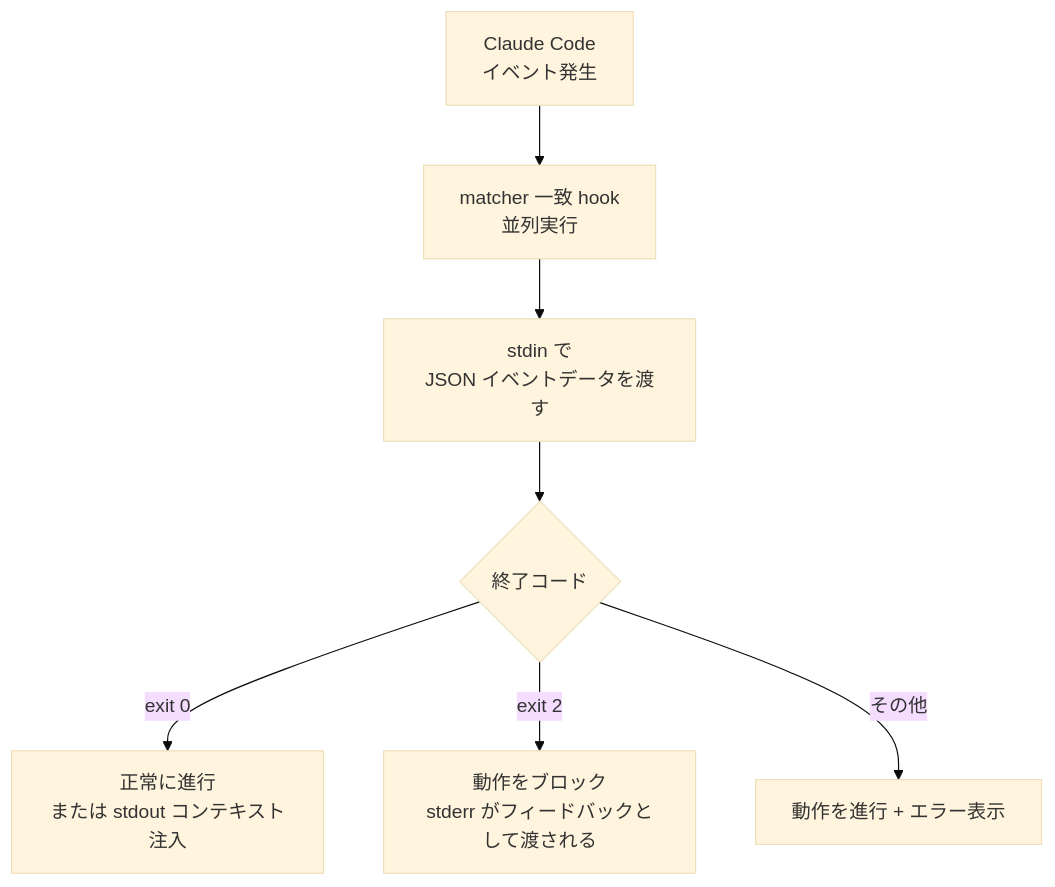
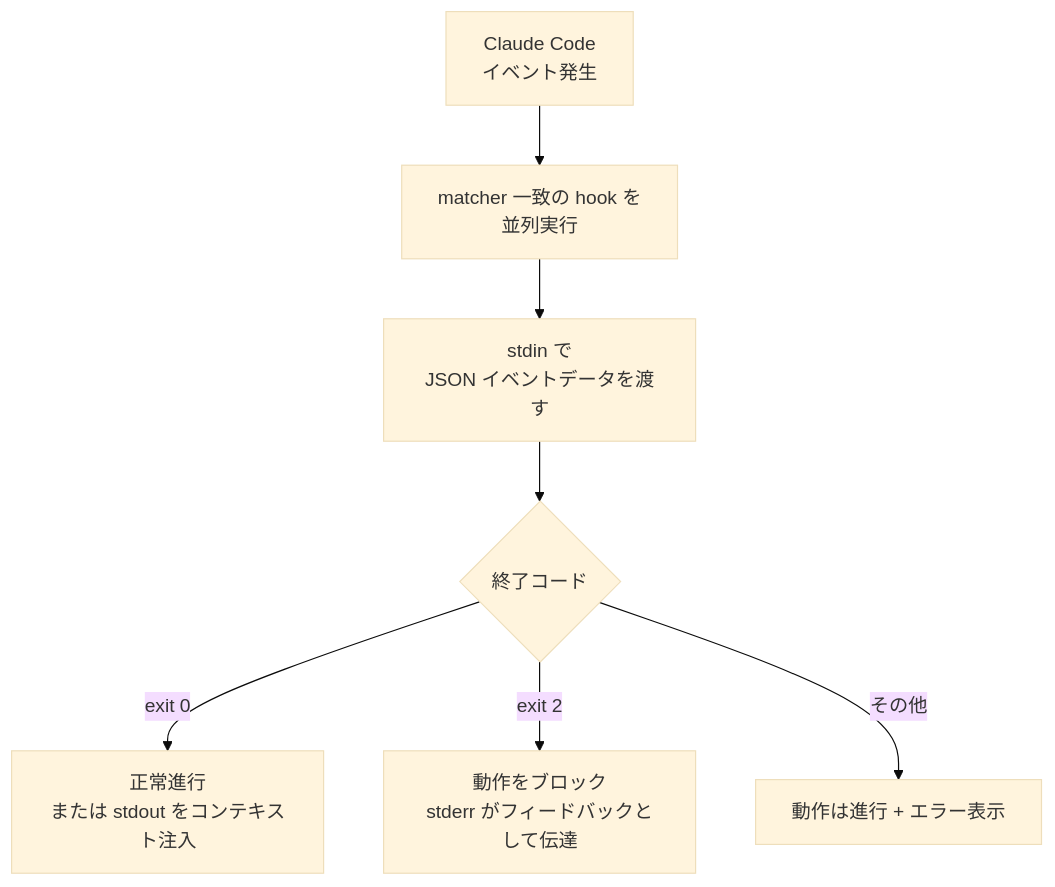
One commit to modu-ai/moai-adk changed the diagram in docs-site/content/ja/claude-code/extensibility/hooks.md. Above: the diagram before and after it, drawn with Mermaid (base theme). The commit also changed other lines of this file and 395 other files, not shown here.

````diff
--- a/docs-site/content/ja/claude-code/extensibility/hooks.md
+++ b/docs-site/content/ja/claude-code/extensibility/hooks.md
@@ -64,9 +72,9 @@
 ```mermaid
 flowchart TD
-  A[Claude Code<br>イベント発生] --> B[matcher 一致 hook<br>並列実行]
+  A[Claude Code<br>イベント発生] --> B[matcher 一致の hook を<br>並列実行]
   B --> C[stdin で<br>JSON イベントデータを渡す]
   C --> D{終了コード}
-  D -->|exit 0| E[正常に進行<br>または stdout コンテキスト注入]
-  D -->|exit 2| F[動作をブロック<br>stderr がフィードバックとして渡される]
-  D -->|その他| G[動作を進行 + エラー表示]
+  D -->|exit 0| E[正常進行<br>または stdout をコンテキスト注入]
+  D -->|exit 2| F[動作をブロック<br>stderr がフィードバックとして伝達]
+  D -->|その他| G[動作は進行 + エラー表示]
 ```
````
